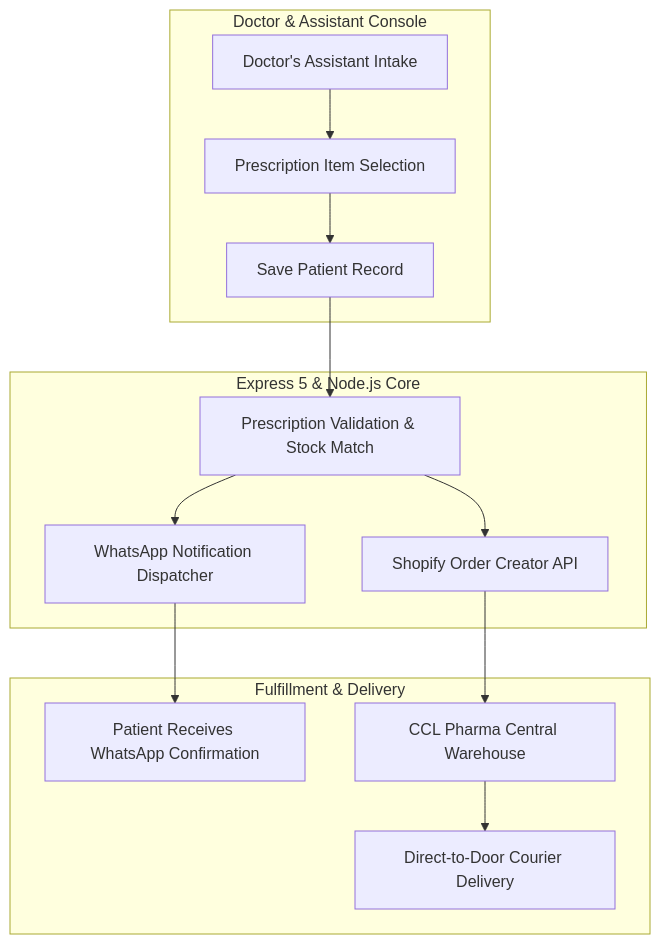
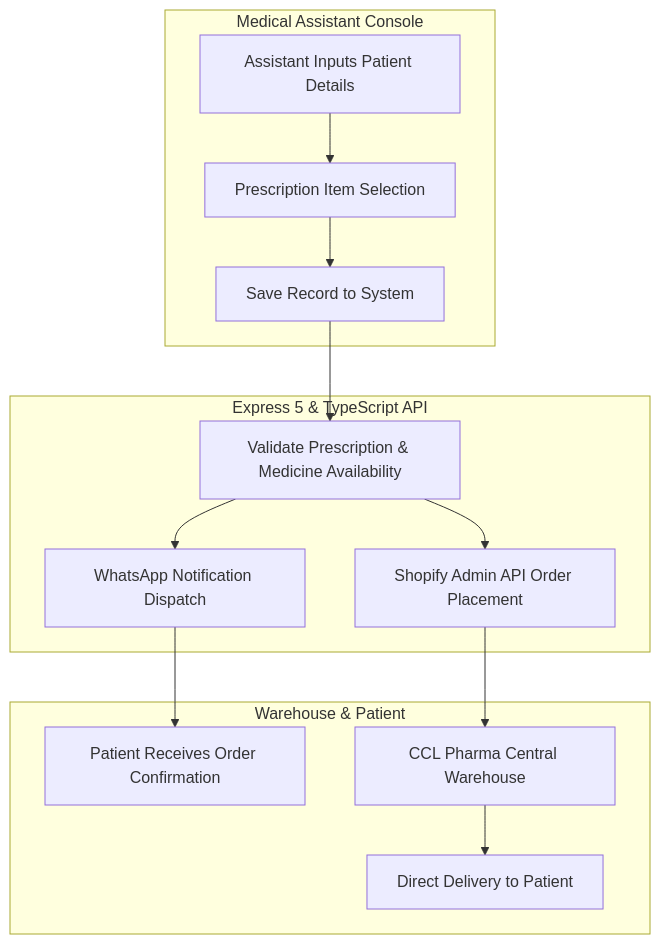
The diagram in README.md (MuhammadRayyan08/dasteyaar-pharma-logistics), drawn with Mermaid before and after one commit. The commit also changed other lines of this file, not shown here.

Commit message:
docs: remove marketing buzzwords, describe real Express 5 and Shopify architecture

````diff
--- a/README.md
+++ b/README.md
@@ -23,26 +23,26 @@
 ```mermaid
 flowchart TD
-    subgraph Clinic Intake [Doctor & Assistant Console]
-        ASSIST[Doctor's Assistant Intake]
+    subgraph Clinic Entry [Medical Assistant Console]
+        ASSIST[Assistant Inputs Patient Details]
         PRESC[Prescription Item Selection]
-        SAVE[Save Patient Record]
+        SAVE[Save Record to System]
         ASSIST --> PRESC --> SAVE
     end
 
-    subgraph Fulfillment Engine [Express 5 & Node.js Core]
-        VAL[Prescription Validation & Stock Match]
-        WA[WhatsApp Notification Dispatcher]
-        SHOPIFY[Shopify Order Creator API]
+    subgraph Backend Core [Express 5 & TypeScript API]
+        VAL[Validate Prescription & Medicine Availability]
+        WA[WhatsApp Notification Dispatch]
+        SHOPIFY[Shopify Admin API Order Placement]
         SAVE --> VAL
         VAL --> WA
         VAL --> SHOPIFY
     end
 
-    subgraph Fulfillment & Delivery
-        PATIENT[Patient Receives WhatsApp Confirmation]
+    subgraph Fulfillment [Warehouse & Patient]
+        PATIENT[Patient Receives Order Confirmation]
         CCL[CCL Pharma Central Warehouse]
-        DISPATCH[Direct-to-Door Courier Delivery]
+        DISPATCH[Direct Delivery to Patient]
         WA --> PATIENT
         SHOPIFY --> CCL --> DISPATCH
     end
 ```
````
